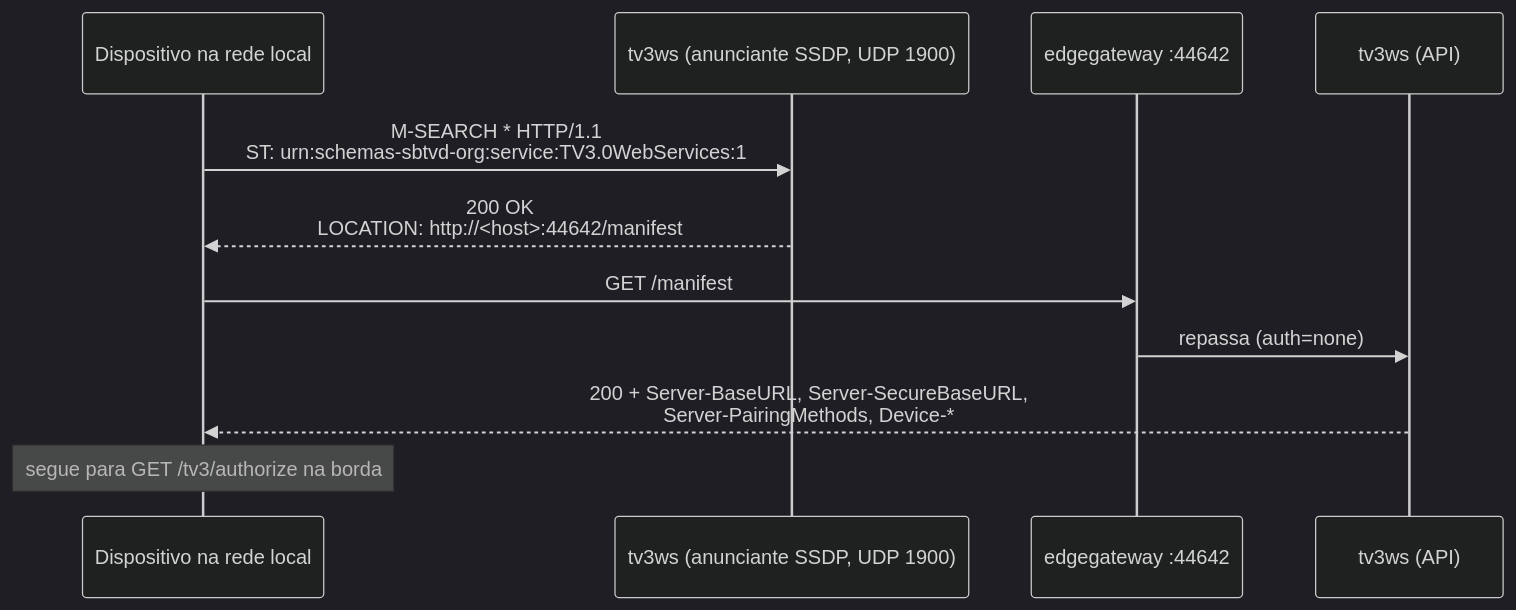
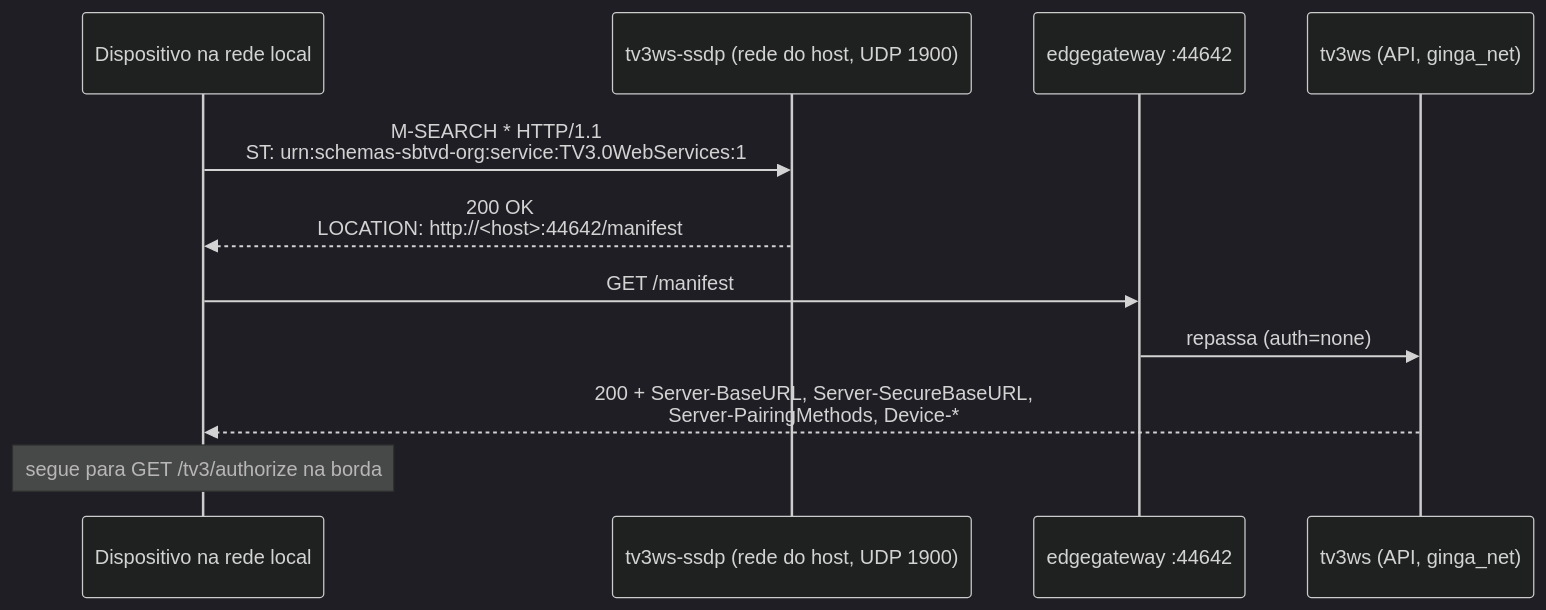
One commit to multisens/Infra changed the third of 3 diagrams in docs/05-autenticacao.md. Above: the diagram before and after it, drawn with Mermaid (dark theme). The commit also changed other lines of this file, not shown here.

Commit message:
docs: SSDP pelo anunciante isolado tv3ws-ssdp (L6 opcao B) e plataforma so Linux nativo

````diff
--- a/docs/05-autenticacao.md
+++ b/docs/05-autenticacao.md
@@ -191,14 +193,14 @@
 ```mermaid
 sequenceDiagram
     participant C as Dispositivo na rede local
-    participant S as tv3ws (anunciante SSDP, UDP 1900)
+    participant S as tv3ws-ssdp (rede do host, UDP 1900)
     participant E as edgegateway :44642
-    participant T as tv3ws (API)
+    participant T as tv3ws (API, ginga_net)
 
     C->>S: M-SEARCH * HTTP/1.1<br/>ST: urn:schemas-sbtvd-org:service:TV3.0WebServices:1
     S-->>C: 200 OK<br/>LOCATION: http://<host>:44642/manifest
     C->>E: GET /manifest
     E->>T: repassa (auth=none)
     T-->>C: 200 + Server-BaseURL, Server-SecureBaseURL,<br/>Server-PairingMethods, Device-*
     Note over C: segue para GET /tv3/authorize na borda
 ```
````
